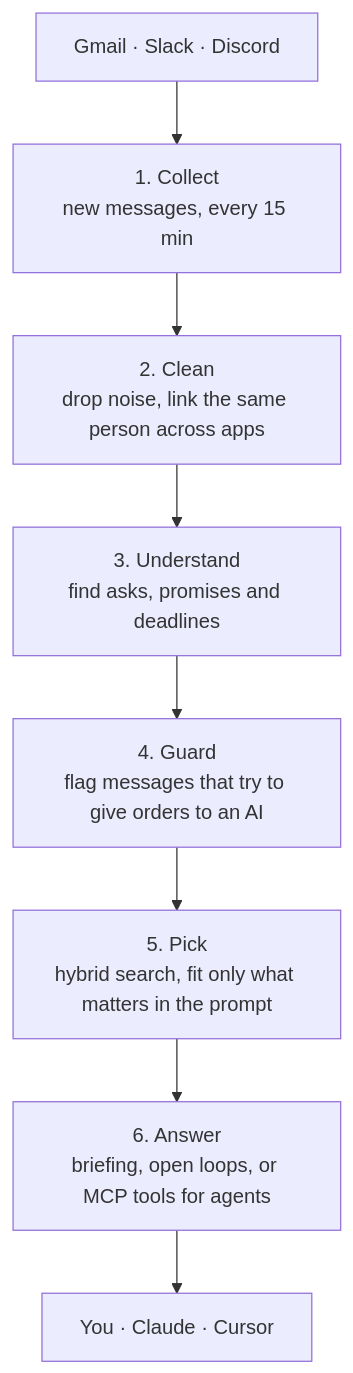
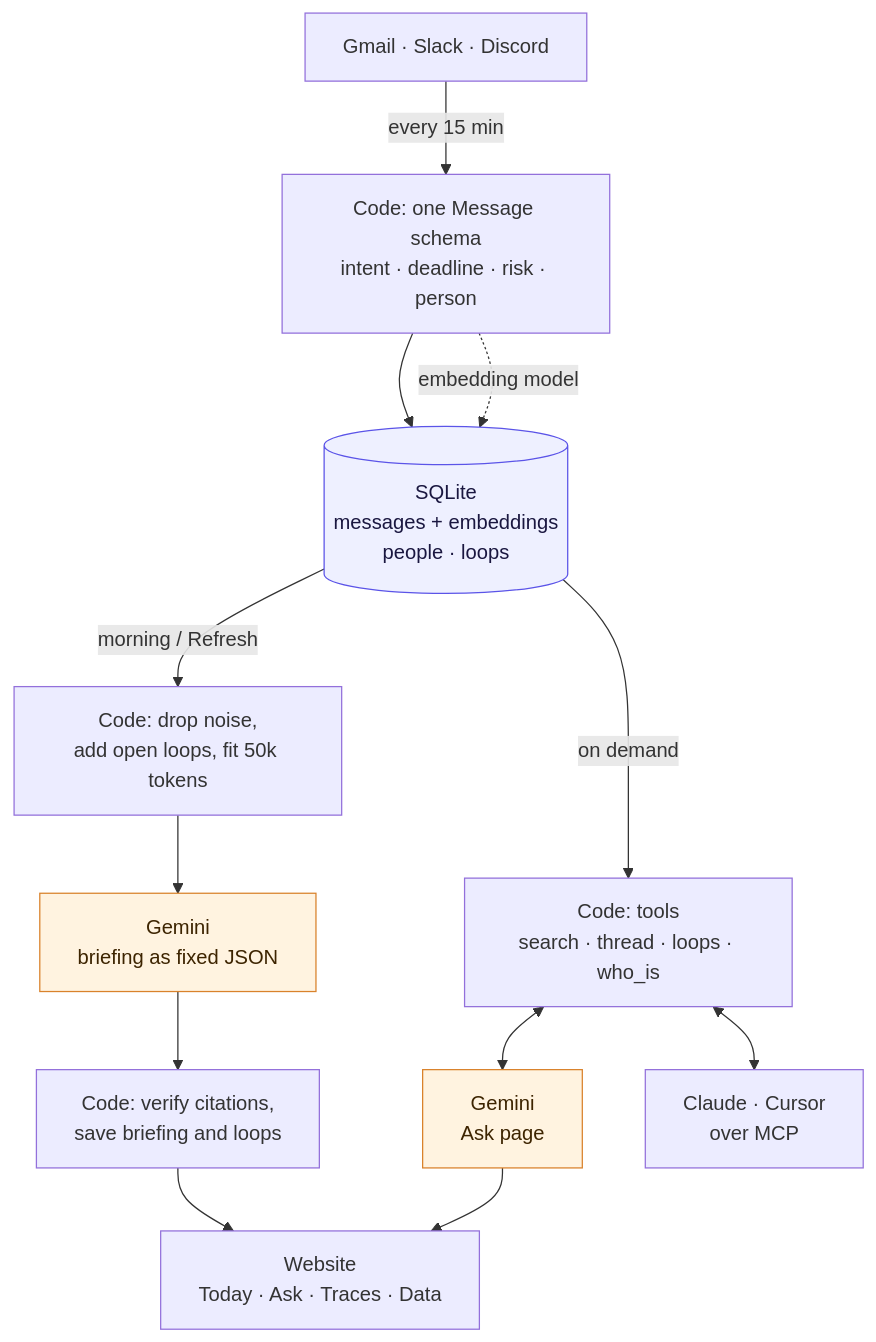
One commit to ShashwatXD/context-os changed the first of 2 diagrams in README.md. Above: the diagram before and after it, drawn with Mermaid. The commit also changed other lines of this file and 8 other files, not shown here.

````diff
--- a/README.md
+++ b/README.md
@@ -21,10 +23,22 @@
 ```mermaid
 flowchart TD
-    A["Gmail · Slack · Discord"] --> B["1. Collect<br/>new messages, every 15 min"]
-    B --> C["2. Clean<br/>drop noise, link the same person across apps"]
-    C --> D["3. Understand<br/>find asks, promises and deadlines"]
-    D --> E["4. Guard<br/>flag messages that try to give orders to an AI"]
-    E --> F["5. Pick<br/>hybrid search, fit only what matters in the prompt"]
-    F --> G["6. Answer<br/>briefing, open loops, or MCP tools for agents"]
-    G --> H["You · Claude · Cursor"]
+    SRC["Gmail · Slack · Discord"] -- "every 15 min" --> SCH["Code: one Message schema<br/>intent · deadline · risk · person"]
+    SCH --> DB[("SQLite<br/>messages + embeddings<br/>people · loops")]
+    SCH -. "embedding model" .-> DB
+
+    DB -- "morning / Refresh" --> PICK["Code: drop noise,<br/>add open loops, fit 50k tokens"]
+    PICK --> LLM1["Gemini<br/>briefing as fixed JSON"]
+    LLM1 --> CHK["Code: verify citations,<br/>save briefing and loops"]
+
+    DB -- "on demand" --> TOOLS["Code: tools<br/>search · thread · loops · who_is"]
+    TOOLS <--> ASK["Gemini<br/>Ask page"]
+    TOOLS <--> MCP["Claude · Cursor<br/>over MCP"]
+
+    CHK --> WEB["Website<br/>Today · Ask · Traces · Data"]
+    ASK --> WEB
+
+    classDef llm fill:#fff3e0,stroke:#d9822b,color:#3d2400
+    classDef store fill:#eef0ff,stroke:#5b54e8,color:#1a1740
+    class LLM1,ASK llm
+    class DB store
 ```
````
